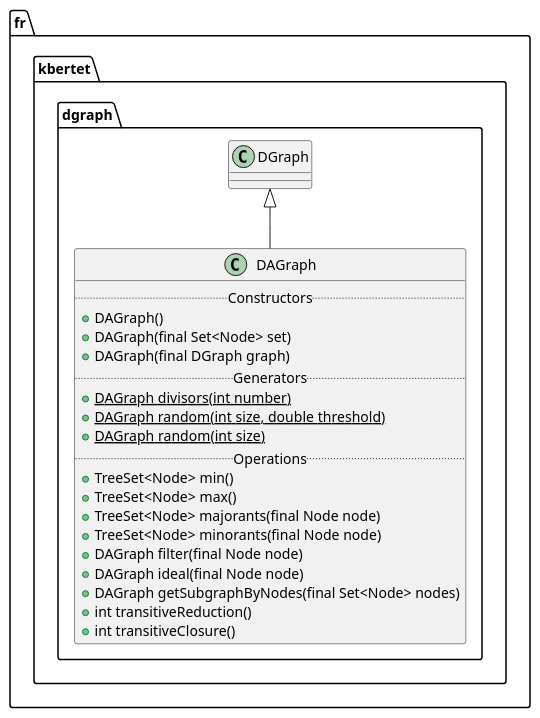
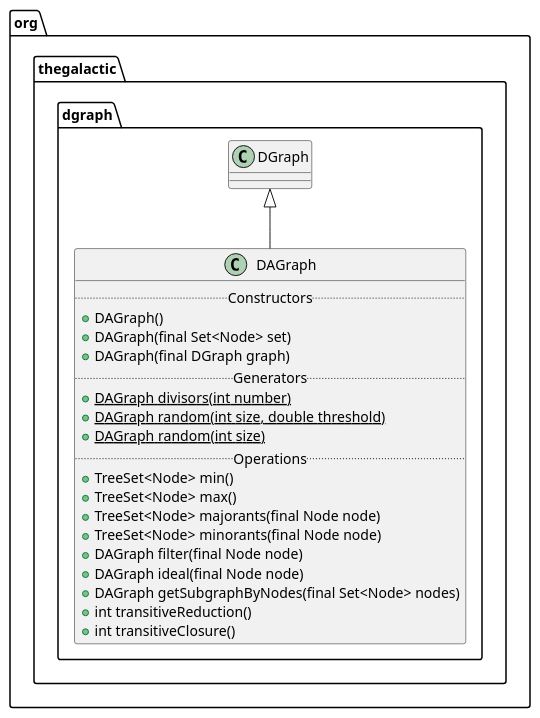
Before and after one commit to thegalactic/java-lattices: the diagram in src/main/javadoc/resources/org/thegalactic/dgraph/DAGraph.iuml, drawn with PlantUML. The commit also changed 40 other files, not shown here.

Commit message:
Using org.thegalactic namespace

```diff
--- a/src/main/javadoc/resources/org/thegalactic/dgraph/DAGraph.iuml
+++ b/src/main/javadoc/resources/org/thegalactic/dgraph/DAGraph.iuml
@@ -1,24 +1,24 @@
-package fr.kbertet.dgraph {
+package org.thegalactic.dgraph {
     class DAGraph {
         .. Constructors ..
         +DAGraph()
         +DAGraph(final Set<Node> set)
         +DAGraph(final DGraph graph)
         .. Generators ..
         +{static}DAGraph divisors(int number)
         +{static}DAGraph random(int size, double threshold)
         +{static}DAGraph random(int size)
         .. Operations ..
         +TreeSet<Node> min()
         +TreeSet<Node> max()
         +TreeSet<Node> majorants(final Node node)
         +TreeSet<Node> minorants(final Node node)
         +DAGraph filter(final Node node)
         +DAGraph ideal(final Node node)
         +DAGraph getSubgraphByNodes(final Set<Node> nodes)
         +int transitiveReduction()
         +int transitiveClosure()
     }
 
     DGraph <|-- DAGraph
 }
```
